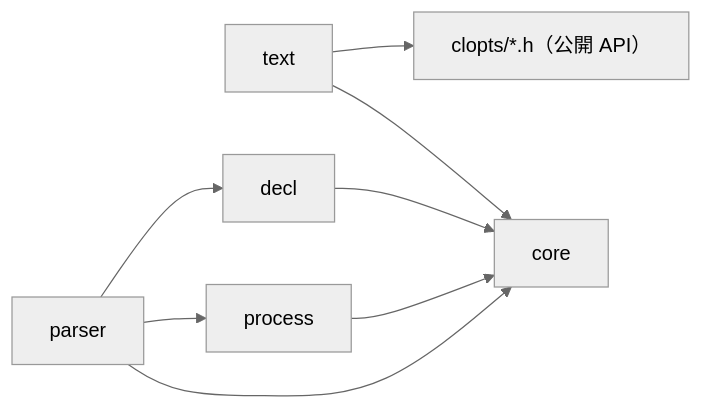
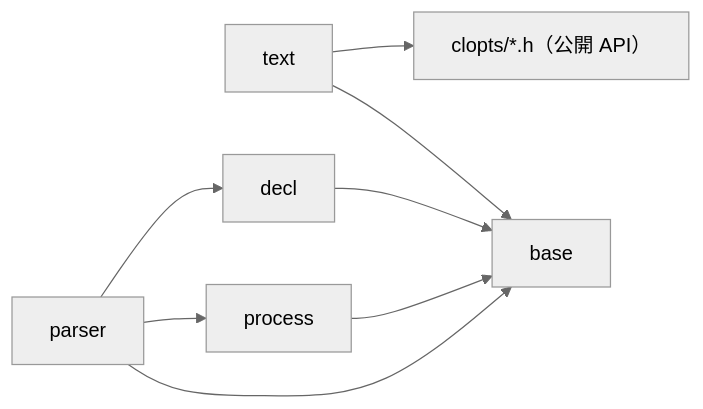
The first of 2 diagrams in docs/dev/architecture.md (ktdevx/clopts-private), drawn with Mermaid (neutral theme) before and after one commit. The commit also changed other lines of this file and 83 other files, not shown here.

First line of the commit message:
Rename core to base and split it by concept

````diff
--- a/docs/dev/architecture.md
+++ b/docs/dev/architecture.md
@@ -21,10 +21,10 @@
 ```mermaid
 flowchart LR
     text --> parser_api["clopts/*.h（公開 API）"]
     parser --> decl
     parser --> process
-    decl --> core
-    parser --> core
-    text --> core
-    process --> core
+    decl --> base
+    parser --> base
+    text --> base
+    process --> base
 ```
````
